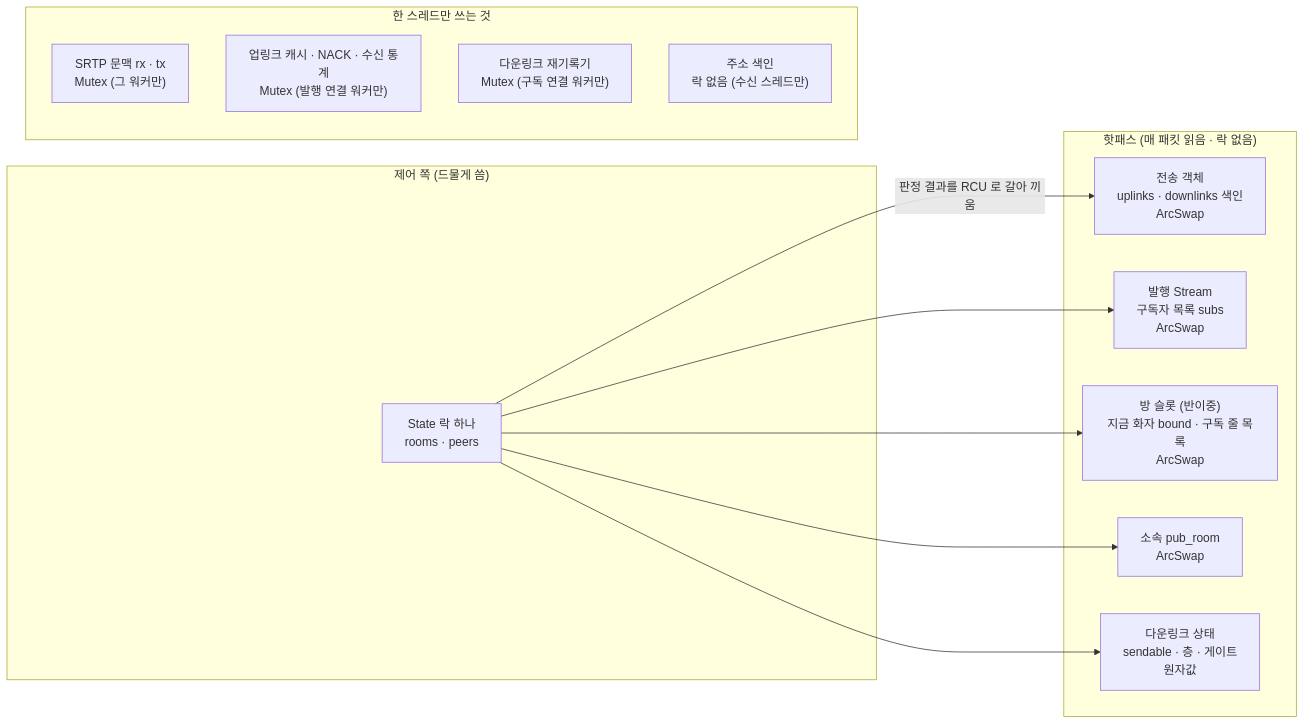
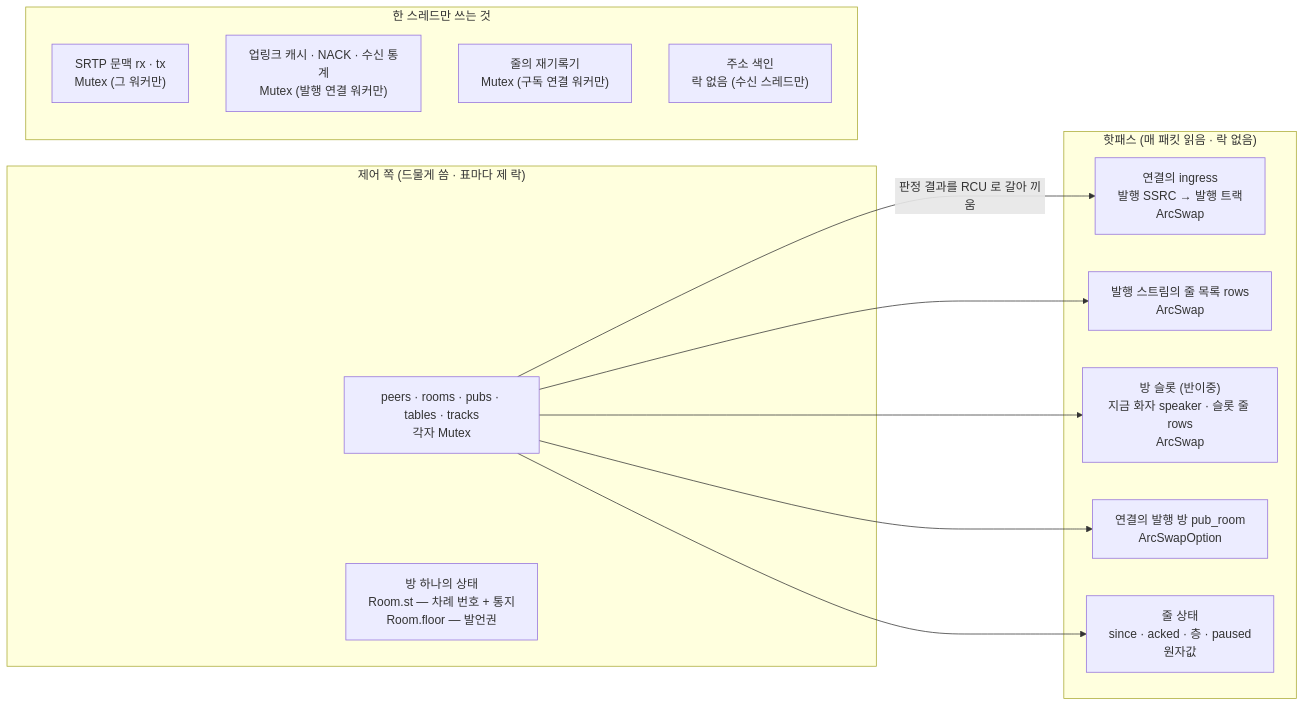
The third of 9 diagrams in docs/architecture.md (kodeholic9/oxlens-sfu), drawn with Mermaid before and after one commit. The commit also changed other lines of this file and 16 other files, not shown here.

First line of the commit message:
공개 문서 현행화 — 연동규격서 공개본 따라잡기(v1.4 이후) · 학습 문서(docs/learn) 신설 · 서버 형상(architecture.md) 40c5ce0 기준 다시 씀 · README 문서 표

````diff
--- a/docs/architecture.md
+++ b/docs/architecture.md
@@ -146,24 +153,25 @@
 ```mermaid
 flowchart LR
-    subgraph CTRL["제어 쪽 (드물게 씀)"]
-        ST["State 락 하나<br/>rooms · peers"]
+    subgraph CTRL["제어 쪽 (드물게 씀 · 표마다 제 락)"]
+        ST["peers · rooms · pubs · tables · tracks<br/>각자 Mutex"]
+        RM["방 하나의 상태<br/>Room.st — 차례 번호 + 통지<br/>Room.floor — 발언권"]
     end
     subgraph HOT["핫패스 (매 패킷 읽음 · 락 없음)"]
-        R1["전송 객체<br/>uplinks · downlinks 색인<br/>ArcSwap"]
-        R2["발행 Stream<br/>구독자 목록 subs<br/>ArcSwap"]
-        R3["방 슬롯 (반이중)<br/>지금 화자 bound · 구독 줄 목록<br/>ArcSwap"]
-        R4["소속 pub_room<br/>ArcSwap"]
-        R5["다운링크 상태<br/>sendable · 층 · 게이트<br/>원자값"]
+        R1["연결의 ingress<br/>발행 SSRC → 발행 트랙<br/>ArcSwap"]
+        R2["발행 스트림의 줄 목록 rows<br/>ArcSwap"]
+        R3["방 슬롯 (반이중)<br/>지금 화자 speaker · 슬롯 줄 rows<br/>ArcSwap"]
+        R4["연결의 발행 방 pub_room<br/>ArcSwapOption"]
+        R5["줄 상태<br/>since · acked · 층 · paused<br/>원자값"]
     end
     subgraph OWN["한 스레드만 쓰는 것"]
         O1["SRTP 문맥 rx · tx<br/>Mutex (그 워커만)"]
         O2["업링크 캐시 · NACK · 수신 통계<br/>Mutex (발행 연결 워커만)"]
-        O3["다운링크 재기록기<br/>Mutex (구독 연결 워커만)"]
+        O3["줄의 재기록기<br/>Mutex (구독 연결 워커만)"]
         O4["주소 색인<br/>락 없음 (수신 스레드만)"]
     end
     ST -->|"판정 결과를 RCU 로 갈아 끼움"| R1
     ST --> R2
     ST --> R3
     ST --> R4
     ST --> R5
 ```
````
